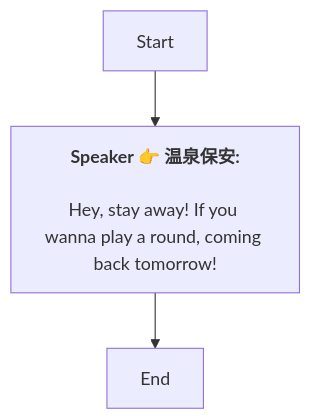
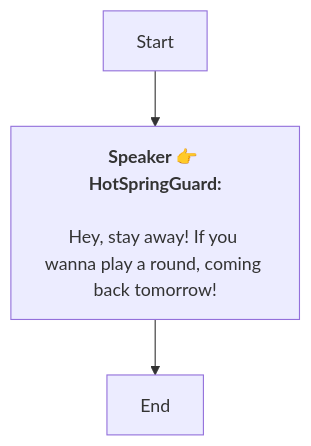
One commit to SoftHu/tos_avg changed the diagram in Zh/heart_4_2_3_4.md. Above: the diagram before and after it, drawn with Mermaid. The commit also changed 737 other files, not shown here.

````diff
--- a/Zh/heart_4_2_3_4.md
+++ b/Zh/heart_4_2_3_4.md
@@ -1,8 +1,7 @@
 ```mermaid
 graph
-Start -->1772954816185639[<b>Speaker 👉 温泉保安:</b>
-
-Hey, stay away! If you wanna play a round, coming back tomorrow!]
+Start -->1772954816185639[<b>Speaker 👉 HotSpringGuard:</b>
+\nHey, stay away! If you wanna play a round, coming back tomorrow!]
 1772954816185639 -->1772954972465448[End]
 
- ```
+```
````
